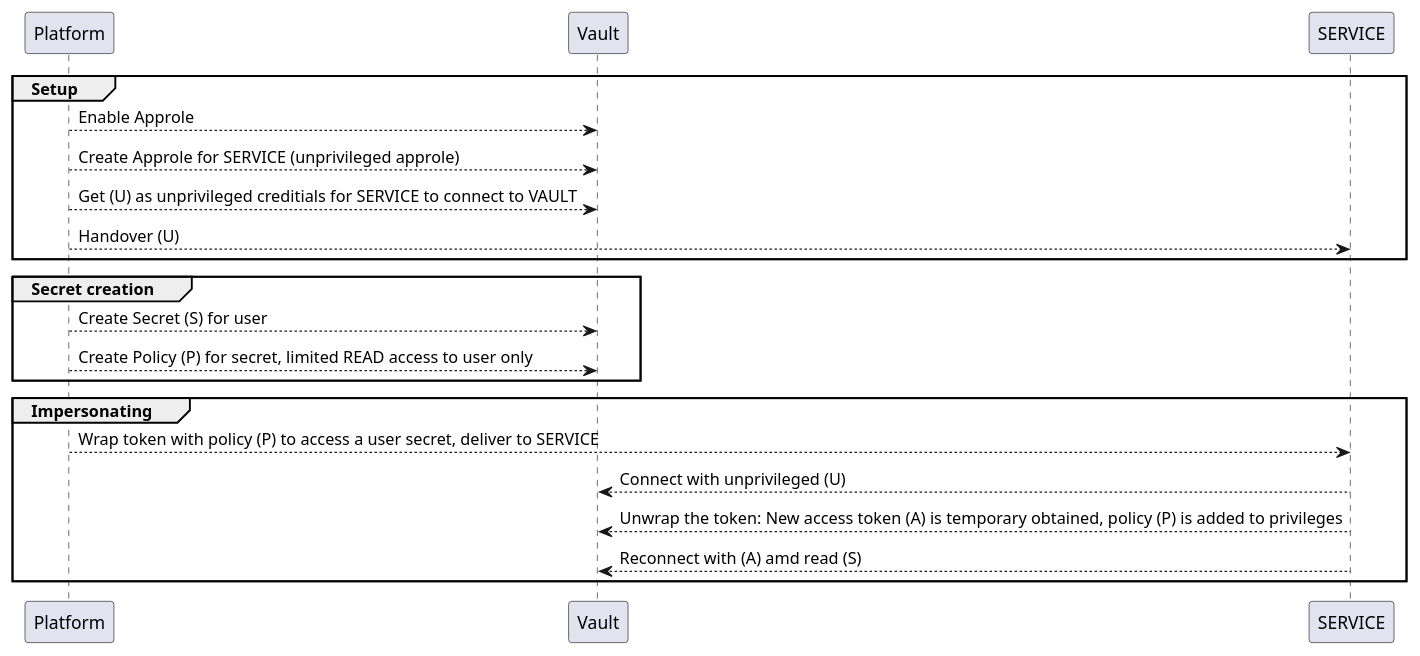
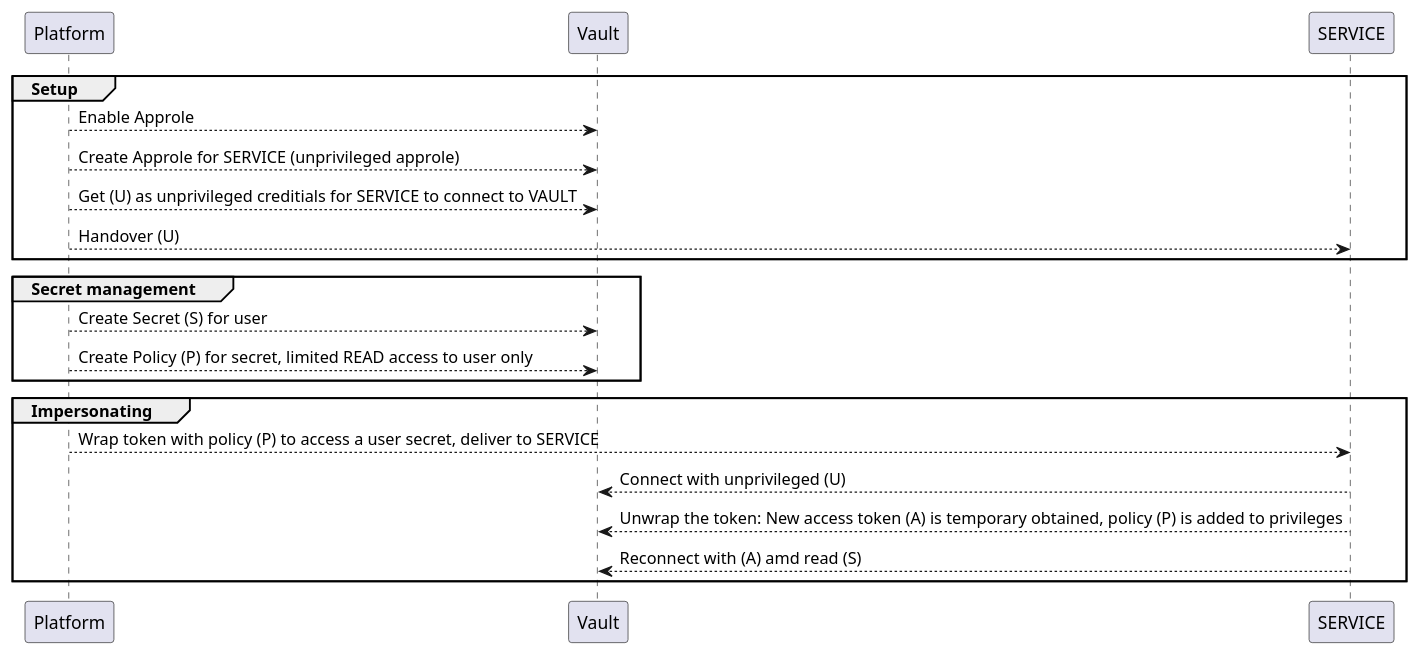
One commit to HarryKodden/SRAM-Token-Service changed the diagram in assets/wrapping.iuml. Above: the diagram before and after it, drawn with PlantUML. The commit also changed 2 other files, not shown here.

```diff
--- a/assets/wrapping.iuml
+++ b/assets/wrapping.iuml
@@ -1,18 +1,18 @@
 @startuml
 group Setup
     Platform --> Vault: Enable Approle
     Platform --> Vault: Create Approle for SERVICE (unprivileged approle)
     Platform --> Vault: Get (U) as unprivileged creditials for SERVICE to connect to VAULT
     Platform --> SERVICE: Handover (U)
 end
-group Secret creation
+group Secret management
     Platform --> Vault: Create Secret (S) for user
     Platform --> Vault: Create Policy (P) for secret, limited READ access to user only
 end
 group Impersonating
     Platform --> SERVICE: Wrap token with policy (P) to access a user secret, deliver to SERVICE
     SERVICE --> Vault: Connect with unprivileged (U)
     SERVICE --> Vault: Unwrap the token: New access token (A) is temporary obtained, policy (P) is added to privileges
     SERVICE --> Vault: Reconnect with (A) amd read (S)
 end
 @enduml
```
